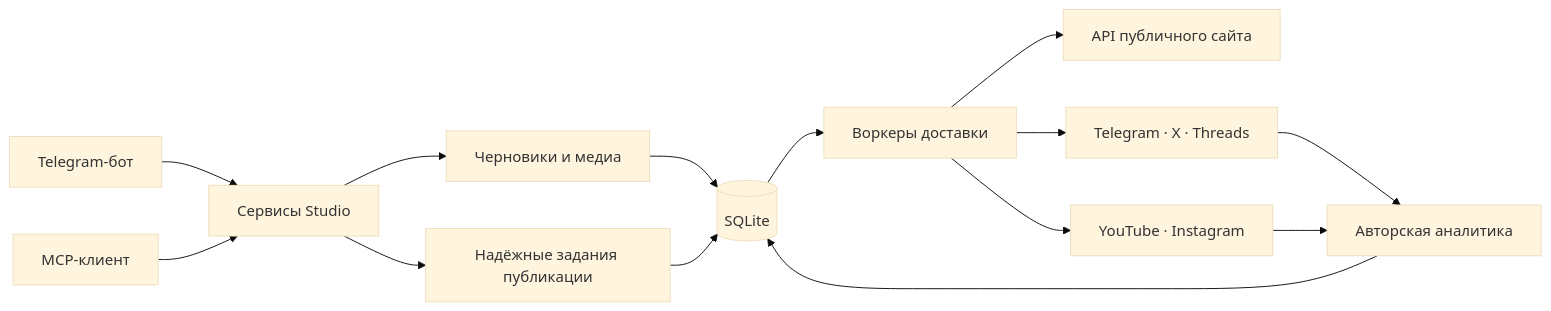
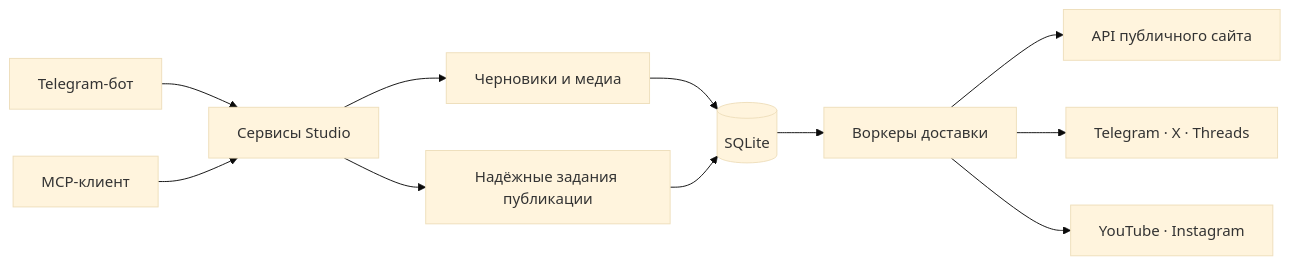
Before and after one commit to alexgetmancom/solo-publisher: the diagram in docs/architecture.ru.md, drawn with Mermaid (base theme). The commit also changed other lines of this file and 188 other files, not shown here.

````diff
--- a/docs/architecture.ru.md
+++ b/docs/architecture.ru.md
@@ -5,16 +5,13 @@
 ```mermaid
 flowchart LR
   Telegram["Telegram-бот"] --> Studio["Сервисы Studio"]
   MCP["MCP-клиент"] --> Studio
   Studio --> Content["Черновики и медиа"]
   Studio --> Queue["Надёжные задания публикации"]
   Content --> DB[("SQLite")]
   Queue --> DB
   DB --> Workers["Воркеры доставки"]
   Workers --> Site["API публичного сайта"]
   Workers --> Social["Telegram · X · Threads"]
   Workers --> Video["YouTube · Instagram"]
-  Social --> Analytics["Авторская аналитика"]
-  Video --> Analytics
-  Analytics --> DB
 ```
````
